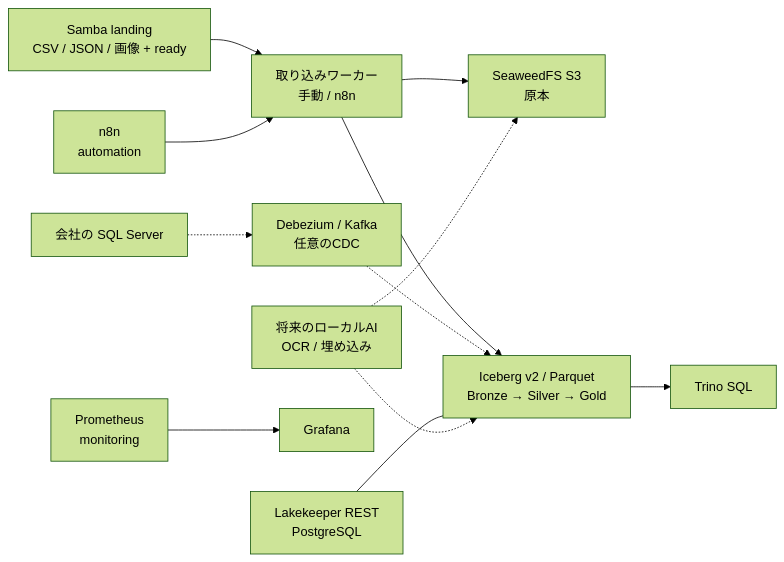
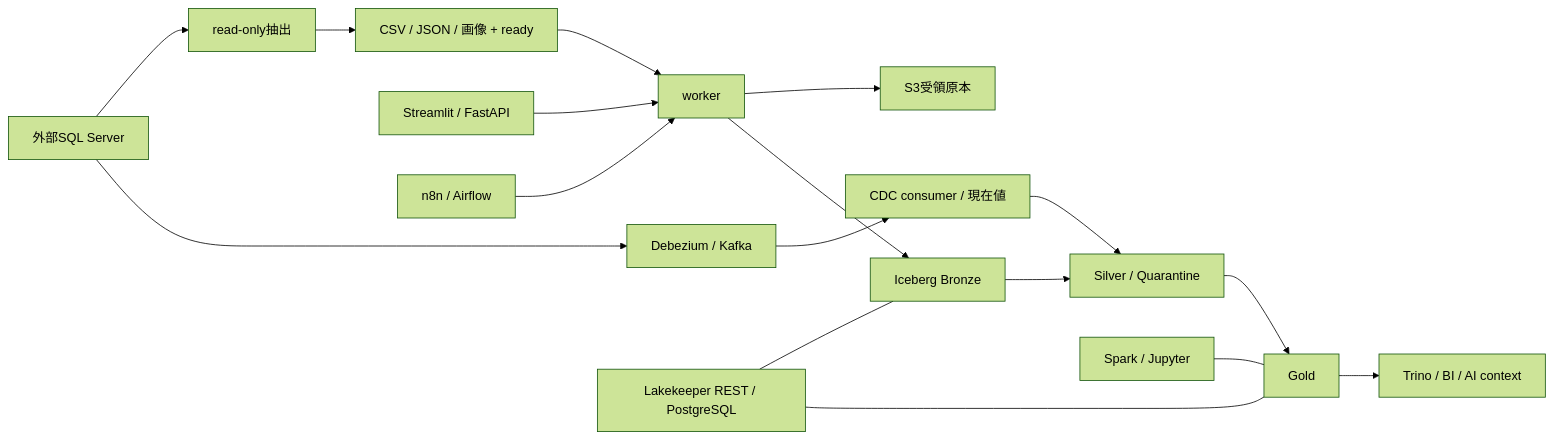
The diagram in docs/ARCHITECTURE.md (hiromura16/lakehouse-foundation), drawn with Mermaid (forest theme) before and after one commit. The commit also changed other lines of this file and 34 other files, not shown here.

````diff
--- a/docs/ARCHITECTURE.md
+++ b/docs/ARCHITECTURE.md
@@ -41,14 +29,19 @@
 ```mermaid
 flowchart LR
-  INPUT["Samba landing<br/>CSV / JSON / 画像 + ready"] --> INGEST["取り込みワーカー<br/>手動 / n8n"]
-  INGEST --> RAW["SeaweedFS S3<br/>原本"]
-  INGEST --> ICE["Iceberg v2 / Parquet<br/>Bronze → Silver → Gold"]
-  SQL["会社の SQL Server"] -.-> CDC["Debezium / Kafka<br/>任意のCDC"]
-  CDC -.-> ICE
-  CAT["Lakekeeper REST<br/>PostgreSQL"] --- ICE
-  ICE --> TRINO["Trino SQL"]
-  N8N["n8n<br/>automation"] --> INGEST
-  PROM["Prometheus<br/>monitoring"] --> GRAF[Grafana]
-  AI["将来のローカルAI<br/>OCR / 埋め込み"] -.-> RAW
-  AI -.-> ICE
+  FILE[CSV / JSON / 画像 + ready] --> WORK[worker]
+  SQL[外部SQL Server] --> EXTRACT[read-only抽出]
+  EXTRACT --> FILE
+  SQL --> CDC[Debezium / Kafka]
+  CDC --> CURRENT[CDC consumer / 現在値]
+  WORK --> RAW[S3受領原本]
+  WORK --> B[Iceberg Bronze]
+  B --> S[Silver / Quarantine]
+  CURRENT --> S
+  S --> G[Gold]
+  G --> READ[Trino / BI / AI context]
+  UI[Streamlit / FastAPI] --> WORK
+  FLOW[n8n / Airflow] --> WORK
+  CAT[Lakekeeper REST / PostgreSQL] --- B
+  CAT --- G
+  SPARK[Spark / Jupyter] --- G
 ```
````
